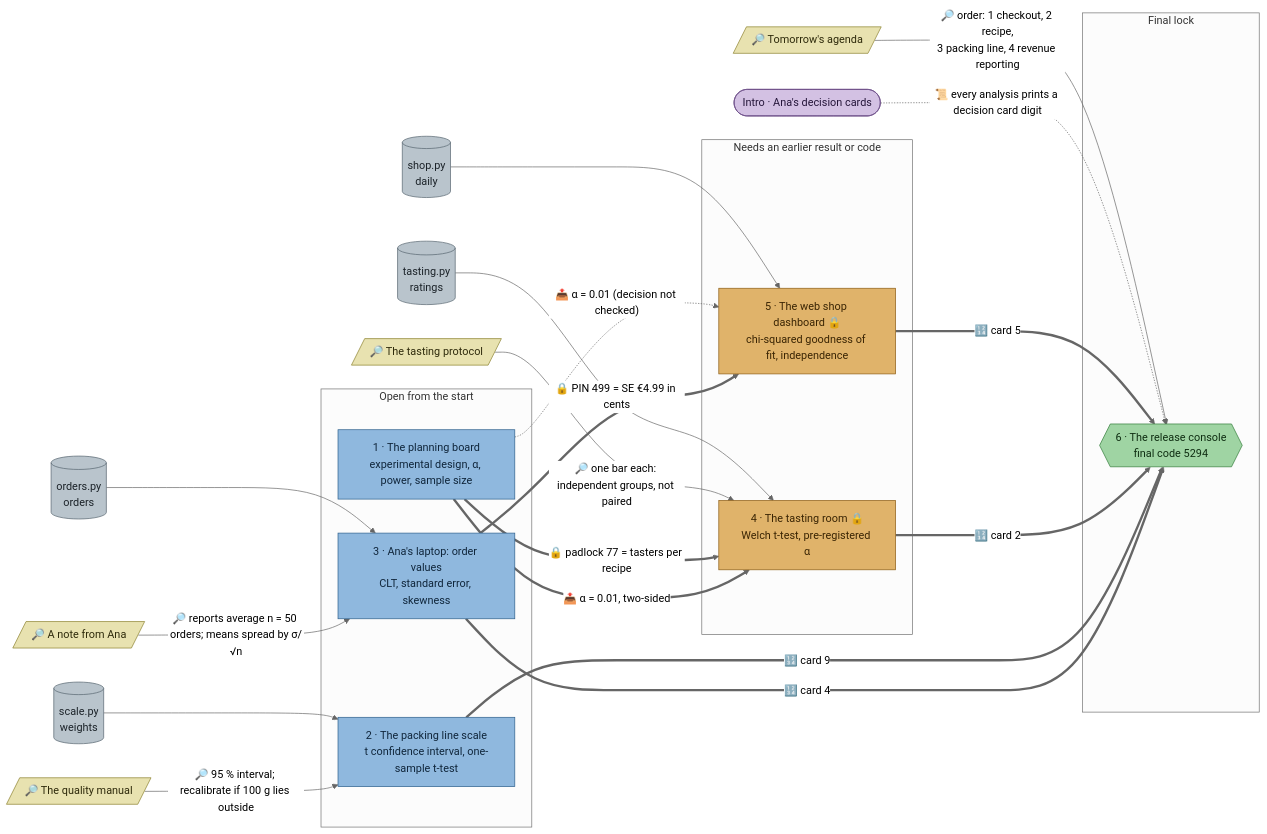
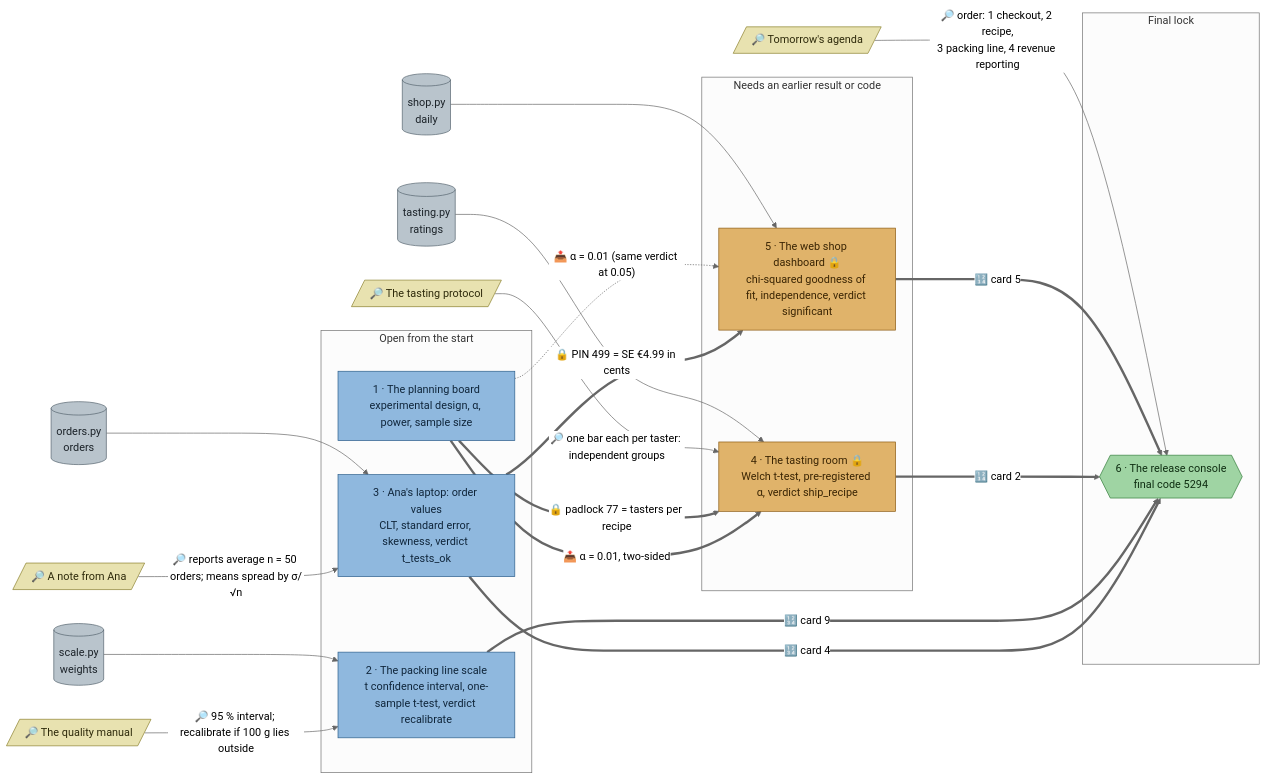
Before and after one commit to mhoffmann-wbs/DataScienceEscapeRooms: the diagram in docs/flows/stats-ab.md, drawn with Mermaid (neutral theme). The commit also changed other lines of this file and 26 other files, not shown here.

Commit message:
Chocolate Experiment, Night Post, Varda Tablets, second review: every clue once, clue pointers only in hints, a goal and a checked verdict per station

````diff
--- a/docs/flows/stats-ab.md
+++ b/docs/flows/stats-ab.md
@@ -5,63 +5,58 @@
 ```mermaid
 flowchart LR
-  intro(["Intro · Ana's decision cards"])
-
   qcmanual[/"🔎 The quality manual"/]
   ananote[/"🔎 A note from Ana"/]
   tastingsheet[/"🔎 The tasting protocol"/]
   agenda[/"🔎 Tomorrow's agenda"/]
 
   d_scale[("scale.py<br/>weights")]
   d_orders[("orders.py<br/>orders")]
   d_tasting[("tasting.py<br/>ratings")]
   d_checkout[("shop.py<br/>daily")]
 
   subgraph p1["Open from the start"]
     plan["1 · The planning board<br/>experimental design, α, power, sample size"]
-    scale["2 · The packing line scale<br/>t confidence interval, one-sample t-test"]
-    orders["3 · Ana's laptop: order values<br/>CLT, standard error, skewness"]
+    scale["2 · The packing line scale<br/>t confidence interval, one-sample t-test, verdict recalibrate"]
+    orders["3 · Ana's laptop: order values<br/>CLT, standard error, skewness, verdict t_tests_ok"]
   end
 
   subgraph p2["Needs an earlier result or code"]
-    tasting["4 · The tasting room 🔒<br/>Welch t-test, pre-registered α"]
-    checkout["5 · The web shop dashboard 🔒<br/>chi-squared goodness of fit, independence"]
+    tasting["4 · The tasting room 🔒<br/>Welch t-test, pre-registered α, verdict ship_recipe"]
+    checkout["5 · The web shop dashboard 🔒<br/>chi-squared goodness of fit, independence, verdict significant"]
   end
 
   subgraph p3["Final lock"]
     release{{"6 · The release console<br/>final code 5294"}}
   end
 
   d_scale --> scale
   d_orders --> orders
   d_tasting --> tasting
   d_checkout --> checkout
 
   qcmanual -->|"🔎 95 % interval; recalibrate if 100 g lies outside"| scale
   ananote -->|"🔎 reports average n = 50 orders; means spread by σ/√n"| orders
-  tastingsheet -->|"🔎 one bar each: independent groups, not paired"| tasting
+  tastingsheet -->|"🔎 one bar each per taster: independent groups"| tasting
   agenda -->|"🔎 order: 1 checkout, 2 recipe,<br/>3 packing line, 4 revenue reporting"| release
-  intro -.->|"📜 every analysis prints a decision card digit"| release
 
   plan ==>|"🔒 padlock 77 = tasters per recipe"| tasting
   plan ==>|"📤 α = 0.01, two-sided"| tasting
-  plan -.->|"📤 α = 0.01 (decision not checked)"| checkout
+  plan -.->|"📤 α = 0.01 (same verdict at 0.05)"| checkout
   orders ==>|"🔒 PIN 499 = SE €4.99 in cents"| checkout
 
   checkout ==>|"🔢 card 5"| release
   tasting ==>|"🔢 card 2"| release
   scale ==>|"🔢 card 9"| release
   orders ==>|"🔢 card 4"| release
 
   classDef station fill:#8fb8de,stroke:#2b5d8a,color:#10263b
   classDef locked fill:#e0b36a,stroke:#8a5a12,color:#3a2504
   classDef clue fill:#e8e2b0,stroke:#8a7f2b,color:#2e2a0b
   classDef data fill:#b9c4cc,stroke:#55636e,color:#1c2329
   classDef final fill:#9fd4a3,stroke:#2f7a36,color:#0f2e12
-  classDef intro fill:#d3c1e3,stroke:#6a4c86,color:#25163a
   class plan,scale,orders station
   class tasting,checkout locked
   class qcmanual,ananote,tastingsheet,agenda clue
   class d_scale,d_orders,d_tasting,d_checkout data
   class release final
-  class intro intro
 ```
````
